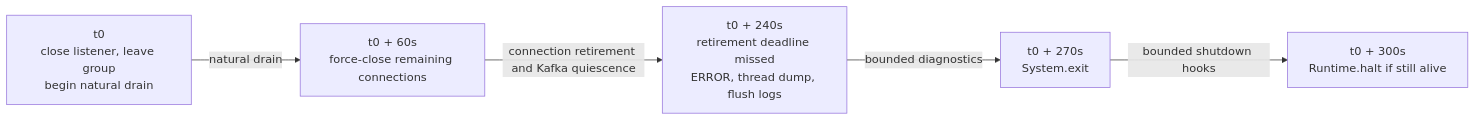
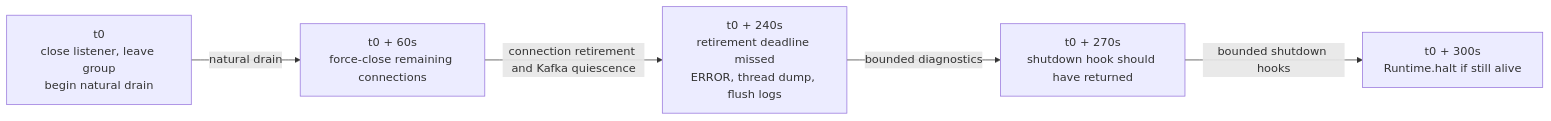
The first of 2 diagrams in docs/proxyCaptureProtocol.md (opensearch-project/opensearch-migrations), drawn with Mermaid before and after one commit. The commit also changed other lines of this file and 28 other files, not shown here.

````diff
--- a/docs/proxyCaptureProtocol.md
+++ b/docs/proxyCaptureProtocol.md
@@ -353,13 +354,13 @@
 ```mermaid
 flowchart LR
     T0["t0<br/>close listener, leave group<br/>begin natural drain"]
     T60["t0 + 60s<br/>force-close remaining connections"]
     T240["t0 + 240s<br/>retirement deadline missed<br/>ERROR, thread dump, flush logs"]
-    T270["t0 + 270s<br/>System.exit"]
+    T270["t0 + 270s<br/>shutdown hook should have returned"]
     T300["t0 + 300s<br/>Runtime.halt if still alive"]
 
     T0 -->|"natural drain"| T60
     T60 -->|"connection retirement and Kafka quiescence"| T240
     T240 -->|"bounded diagnostics"| T270
     T270 -->|"bounded shutdown hooks"| T300
 ```
````
